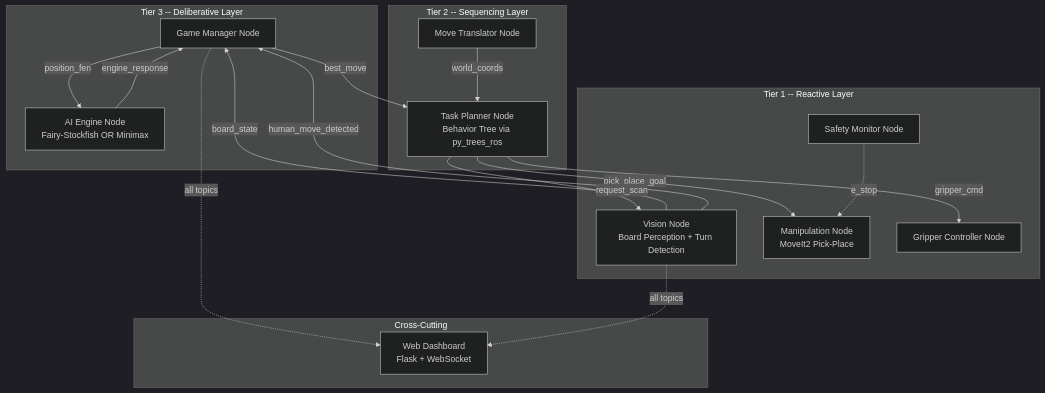
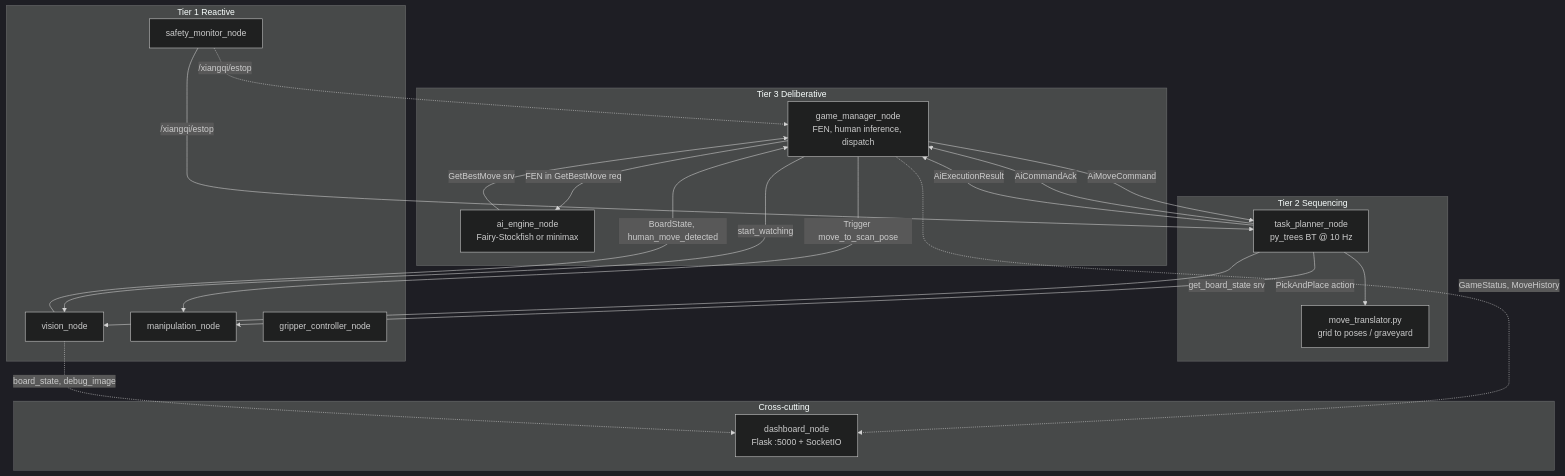
One commit to giatinhuynh/par_ur5e_xiangqi changed the first of 3 diagrams in .cursor/plans/xiangqi_robot_system_plan_64c0c1b9.plan.md. Above: the diagram before and after it, drawn with Mermaid (dark theme). The commit also changed other lines of this file and 12 other files, not shown here.

````diff
--- a/.cursor/plans/xiangqi_robot_system_plan_64c0c1b9.plan.md
+++ b/.cursor/plans/xiangqi_robot_system_plan_64c0c1b9.plan.md
@@ -79,36 +87,39 @@
 ```mermaid
 graph TB
-  subgraph deliberative [Tier 3 -- Deliberative Layer]
-    GameManager["Game Manager Node"]
-    AIEngine["AI Engine Node<br/>Fairy-Stockfish OR Minimax"]
+  subgraph deliberative [Tier 3 Deliberative]
+    GameManager["game_manager_node<br/>FEN, human inference, dispatch"]
+    AIEngine["ai_engine_node<br/>Fairy-Stockfish or minimax"]
   end
 
-  subgraph sequencing [Tier 2 -- Sequencing Layer]
-    TaskPlanner["Task Planner Node<br/>Behavior Tree via py_trees_ros"]
-    MoveTranslator["Move Translator Node"]
+  subgraph sequencing [Tier 2 Sequencing]
+    TaskPlanner["task_planner_node<br/>py_trees BT @ 10 Hz"]
+    MoveTranslator["move_translator.py<br/>grid to poses / graveyard"]
   end
 
-  subgraph reactive [Tier 1 -- Reactive Layer]
-    VisionNode["Vision Node<br/>Board Perception + Turn Detection"]
-    ManipNode["Manipulation Node<br/>MoveIt2 Pick-Place"]
-    GripperNode["Gripper Controller Node"]
-    SafetyNode["Safety Monitor Node"]
+  subgraph reactive [Tier 1 Reactive]
+    VisionNode["vision_node"]
+    ManipNode["manipulation_node"]
+    GripperNode["gripper_controller_node"]
+    SafetyNode["safety_monitor_node"]
   end
 
-  subgraph crosscutting [Cross-Cutting]
-    Dashboard["Web Dashboard<br/>Flask + WebSocket"]
+  subgraph crosscutting [Cross-cutting]
+    Dashboard["dashboard_node<br/>Flask :5000 + SocketIO"]
   end
 
-  GameManager -->|"best_move"| TaskPlanner
-  AIEngine -->|"engine_response"| GameManager
-  GameManager -->|"position_fen"| AIEngine
-  TaskPlanner -->|"pick_place_goal"| ManipNode
-  TaskPlanner -->|"gripper_cmd"| GripperNode
-  VisionNode -->|"board_state"| GameManager
-  VisionNode -->|"human_move_detected"| GameManager
-  TaskPlanner -->|"request_scan"| VisionNode
-  MoveTranslator -->|"world_coords"| TaskPlanner
-  SafetyNode -.->|"e_stop"| ManipNode
-  GameManager -.->|"all topics"| Dashboard
-  VisionNode -.->|"all topics"| Dashboard
+  GameManager -->|"AiMoveCommand"| TaskPlanner
+  TaskPlanner -->|"AiCommandAck"| GameManager
+  TaskPlanner -->|"AiExecutionResult"| GameManager
+  GameManager -->|"Trigger move_to_scan_pose"| ManipNode
+  GameManager -->|"start_watching"| VisionNode
+  AIEngine -->|"GetBestMove srv"| GameManager
+  GameManager -->|"FEN in GetBestMove req"| AIEngine
+  VisionNode -->|"BoardState, human_move_detected"| GameManager
+  TaskPlanner -->|"PickAndPlace action"| ManipNode
+  TaskPlanner -->|"get_board_state srv"| VisionNode
+  TaskPlanner --> MoveTranslator
+  SafetyNode -->|"/xiangqi/estop"| TaskPlanner
+  SafetyNode -.->|"/xiangqi/estop"| GameManager
+  GameManager -.->|"GameStatus, MoveHistory"| Dashboard
+  VisionNode -.->|"board_state, debug_image"| Dashboard
 ```
````
